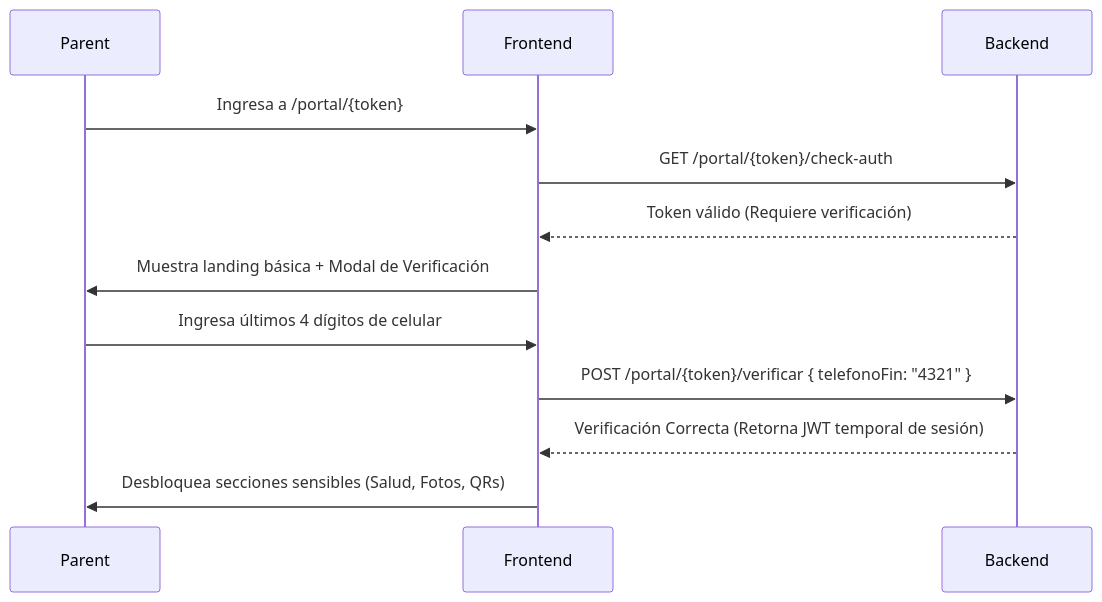
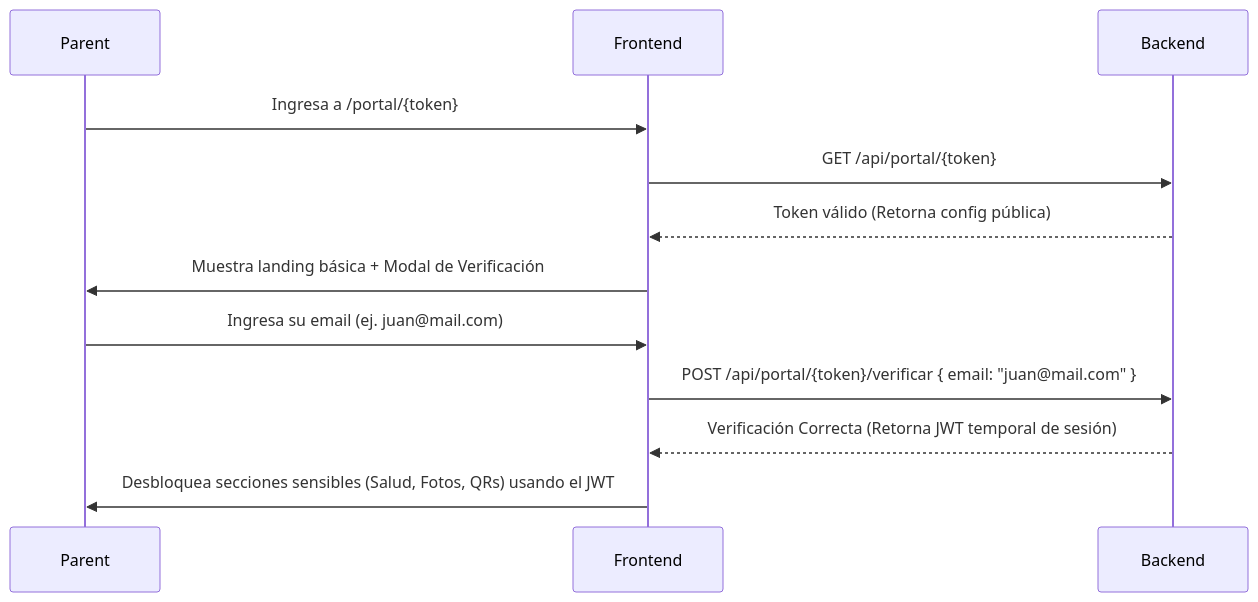
Before and after one commit to gabulopezmdq-ui/Eventia: the second of 2 diagrams in CodigoFuente/antenas/FrontEnd/eventiaapp/documentos/plan_implementacion_portal_padres.md, drawn with Mermaid. The commit also changed other lines of this file and 18 other files, not shown here.

````diff
--- a/CodigoFuente/antenas/FrontEnd/eventiaapp/documentos/plan_implementacion_portal_padres.md
+++ b/CodigoFuente/antenas/FrontEnd/eventiaapp/documentos/plan_implementacion_portal_padres.md
@@ -172,11 +171,11 @@
 ```mermaid
 sequenceDiagram
     Parent->>Frontend: Ingresa a /portal/{token}
-    Frontend->>Backend: GET /portal/{token}/check-auth
-    Backend-->>Frontend: Token válido (Requiere verificación)
+    Frontend->>Backend: GET /api/portal/{token}
+    Backend-->>Frontend: Token válido (Retorna config pública)
     Frontend->>Parent: Muestra landing básica + Modal de Verificación
-    Parent->>Frontend: Ingresa últimos 4 dígitos de celular
-    Frontend->>Backend: POST /portal/{token}/verificar { telefonoFin: "4321" }
+    Parent->>Frontend: Ingresa su email (ej. juan@mail.com)
+    Frontend->>Backend: POST /api/portal/{token}/verificar { email: "juan@mail.com" }
     Backend-->>Frontend: Verificación Correcta (Retorna JWT temporal de sesión)
-    Frontend->>Parent: Desbloquea secciones sensibles (Salud, Fotos, QRs)
+    Frontend->>Parent: Desbloquea secciones sensibles (Salud, Fotos, QRs) usando el JWT
 ```
````
